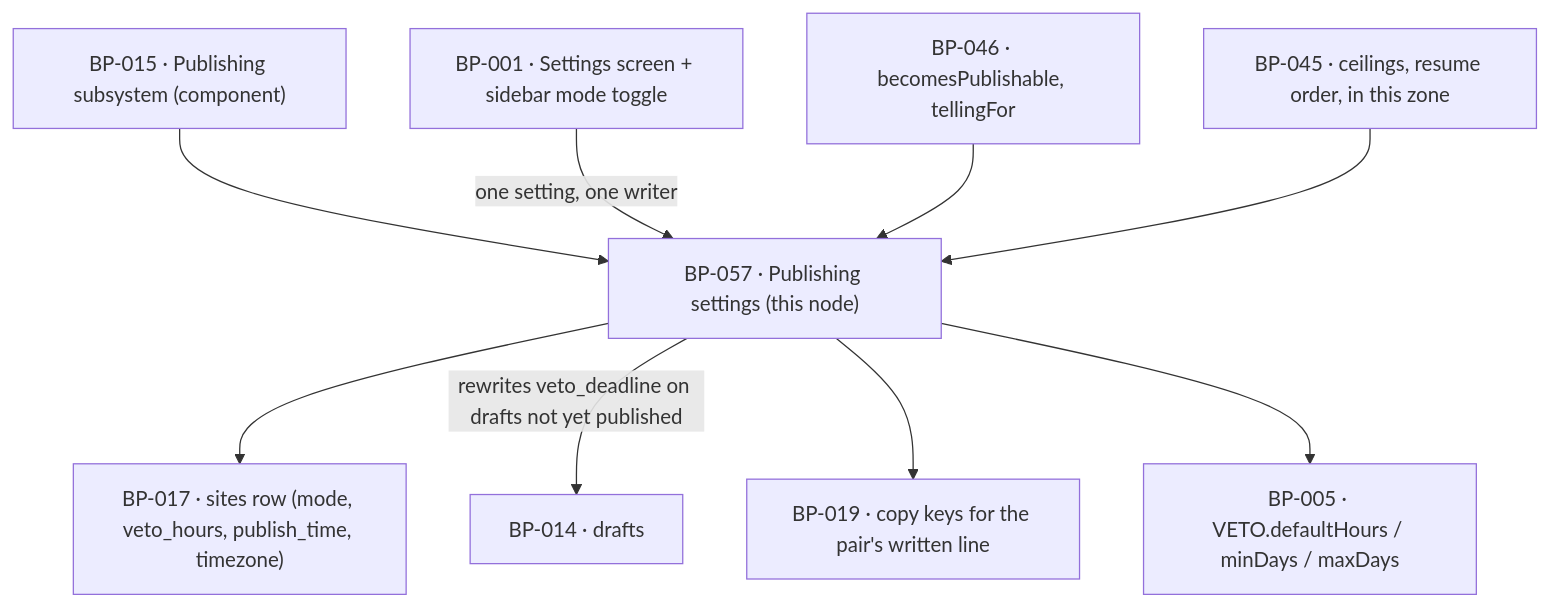
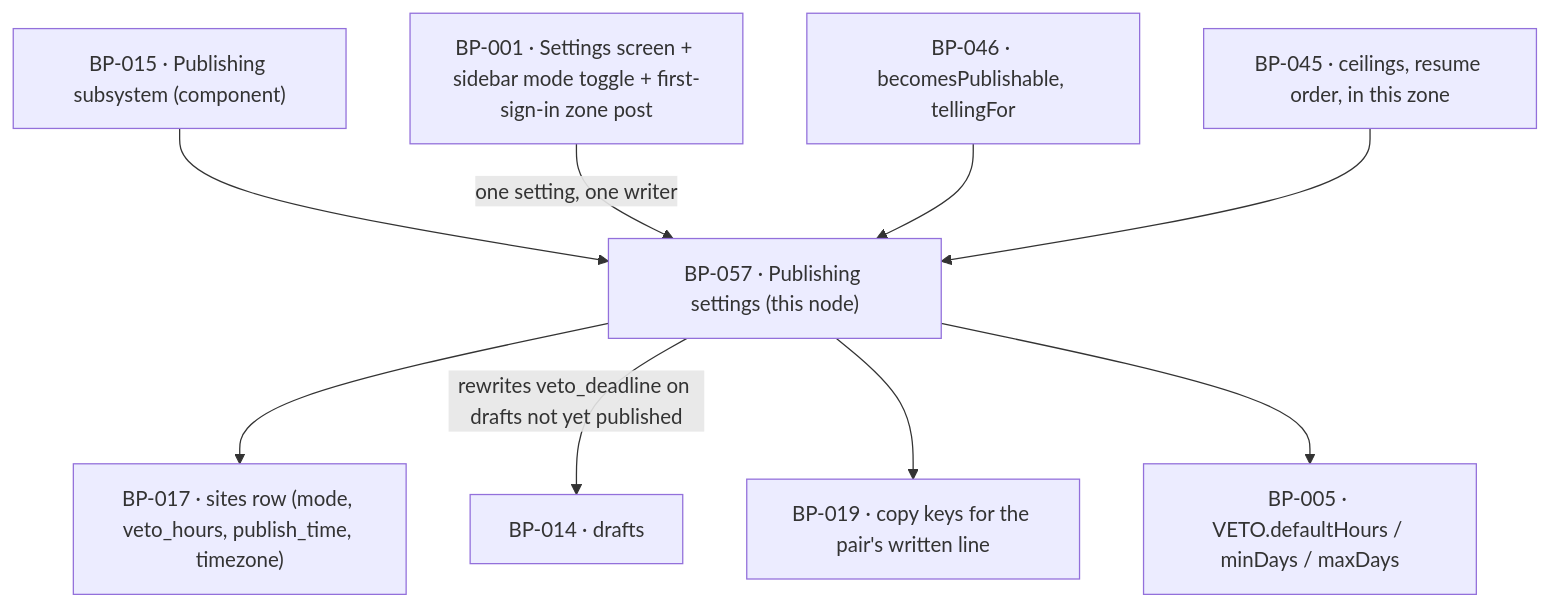
One commit to tim-clifford6991/reachkitv3 changed the diagram in sdlc-factory/docs/blueprints/BP-057.md. Above: the diagram before and after it, drawn with Mermaid. The commit also changed other lines of this file and 1 other file, not shown here.

First line of the commit message:
docs(BP-057, BP-059): cite BP-017's delta and WO-272 as the home of users.notify and sites.timezone; BP-057 owns the first-sign-in timezone write

````diff
--- a/sdlc-factory/docs/blueprints/BP-057.md
+++ b/sdlc-factory/docs/blueprints/BP-057.md
@@ -46,12 +46,12 @@
 ```mermaid
 graph TD
   BP015["BP-015 · Publishing subsystem (component)"] --> BP057
   BP057["BP-057 · Publishing settings (this node)"]
-  BP001["BP-001 · Settings screen + sidebar mode toggle"] -->|"one setting, one writer"| BP057
+  BP001["BP-001 · Settings screen + sidebar mode toggle + first-sign-in zone post"] -->|"one setting, one writer"| BP057
   BP057 --> BP017["BP-017 · sites row (mode, veto_hours, publish_time, timezone)"]
   BP057 -->|"rewrites veto_deadline on drafts not yet published"| BP014["BP-014 · drafts"]
   BP046["BP-046 · becomesPublishable, tellingFor"] --> BP057
   BP045["BP-045 · ceilings, resume order, in this zone"] --> BP057
   BP057 --> BP019["BP-019 · copy keys for the pair's written line"]
   BP057 --> BP005["BP-005 · VETO.defaultHours / minDays / maxDays"]
 ```
````
